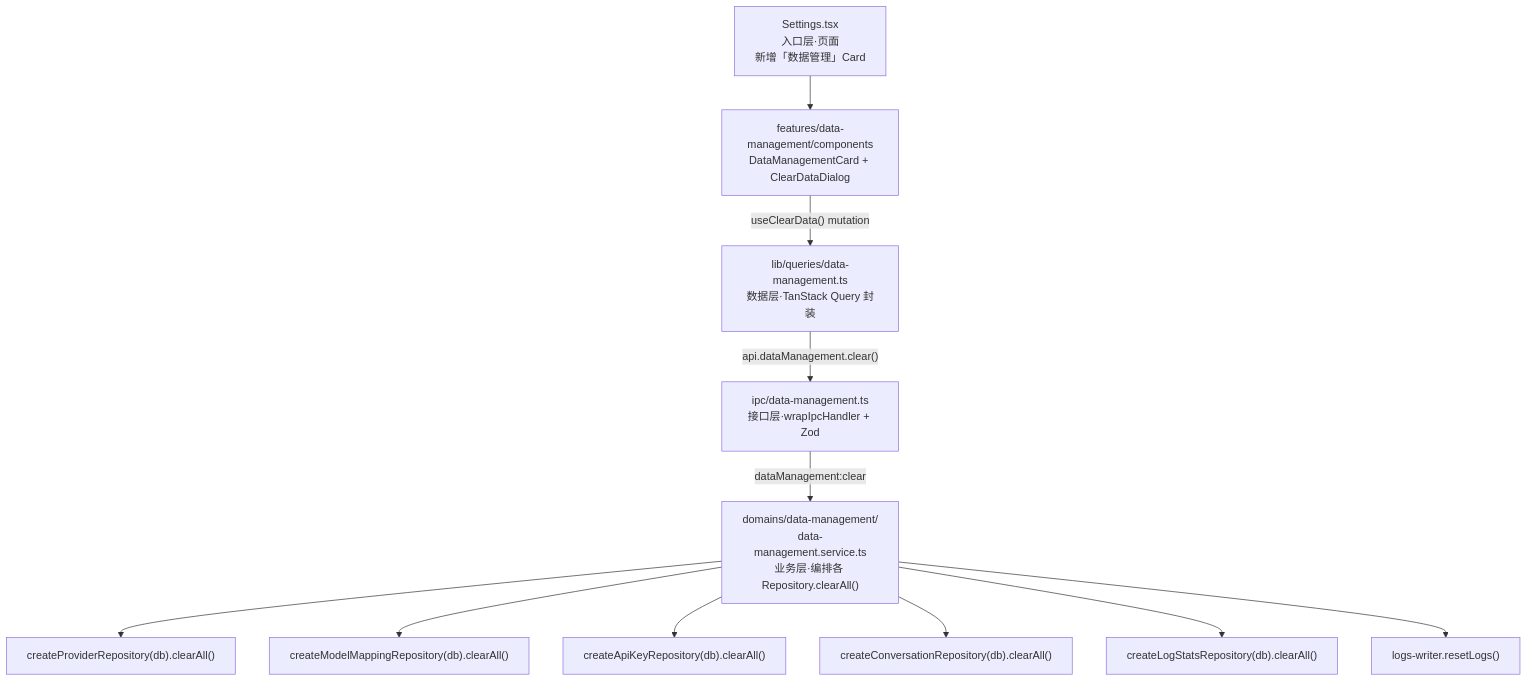
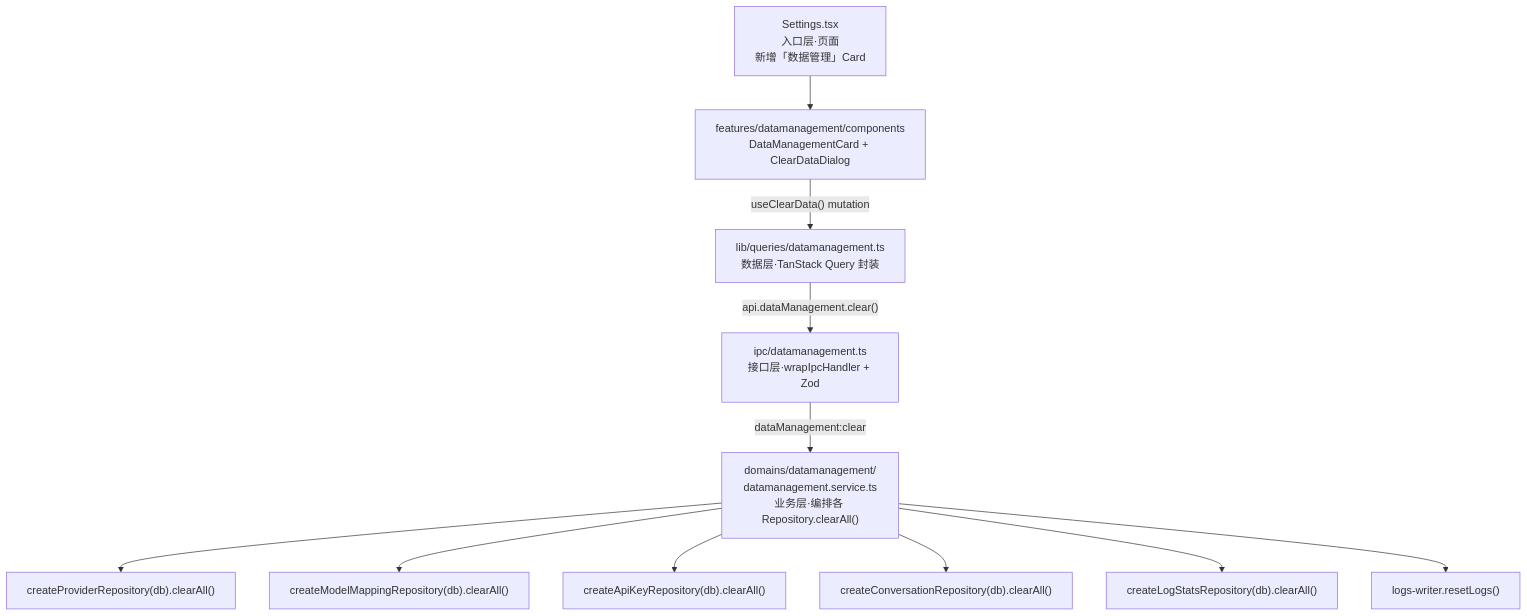
One commit to Geek-Bob/LLM-GATEWAY changed the first of 5 diagrams in docs/superpowers/specs/2026-06-18-clear-data-by-module-design.md. Above: the diagram before and after it, drawn with Mermaid. The commit also changed other lines of this file, not shown here.

First line of the commit message:
docs(spec): 修正目录命名为 datamanagement + 补 preload 文件清单

````diff
--- a/docs/superpowers/specs/2026-06-18-clear-data-by-module-design.md
+++ b/docs/superpowers/specs/2026-06-18-clear-data-by-module-design.md
@@ -65,13 +65,13 @@
 ```mermaid
 flowchart TD
-    A["Settings.tsx<br/>入口层·页面<br/>新增「数据管理」Card"] --> B["features/data-management/components<br/>DataManagementCard + ClearDataDialog"]
-    B -->|"useClearData() mutation"| C["lib/queries/data-management.ts<br/>数据层·TanStack Query 封装"]
-    C -->|"api.dataManagement.clear()"| D["ipc/data-management.ts<br/>接口层·wrapIpcHandler + Zod"]
-    D -->|"dataManagement:clear"| E["domains/data-management/<br/>data-management.service.ts<br/>业务层·编排各 Repository.clearAll()"]
+    A["Settings.tsx<br/>入口层·页面<br/>新增「数据管理」Card"] --> B["features/datamanagement/components<br/>DataManagementCard + ClearDataDialog"]
+    B -->|"useClearData() mutation"| C["lib/queries/datamanagement.ts<br/>数据层·TanStack Query 封装"]
+    C -->|"api.dataManagement.clear()"| D["ipc/datamanagement.ts<br/>接口层·wrapIpcHandler + Zod"]
+    D -->|"dataManagement:clear"| E["domains/datamanagement/<br/>datamanagement.service.ts<br/>业务层·编排各 Repository.clearAll()"]
     E --> F["createProviderRepository(db).clearAll()"]
     E --> G["createModelMappingRepository(db).clearAll()"]
     E --> H["createApiKeyRepository(db).clearAll()"]
     E --> I["createConversationRepository(db).clearAll()"]
     E --> J["createLogStatsRepository(db).clearAll()"]
     E --> K["logs-writer.resetLogs()"]
 ```
````
